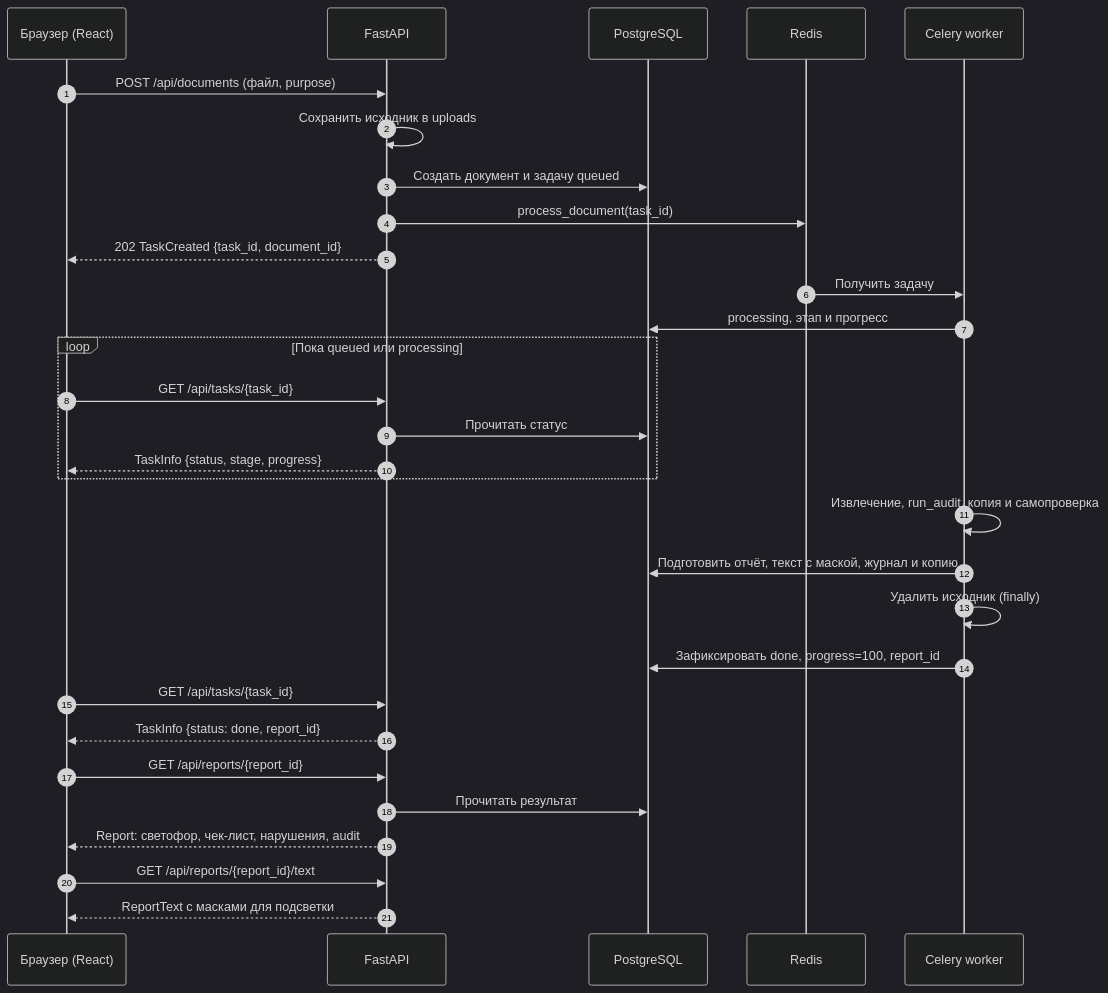
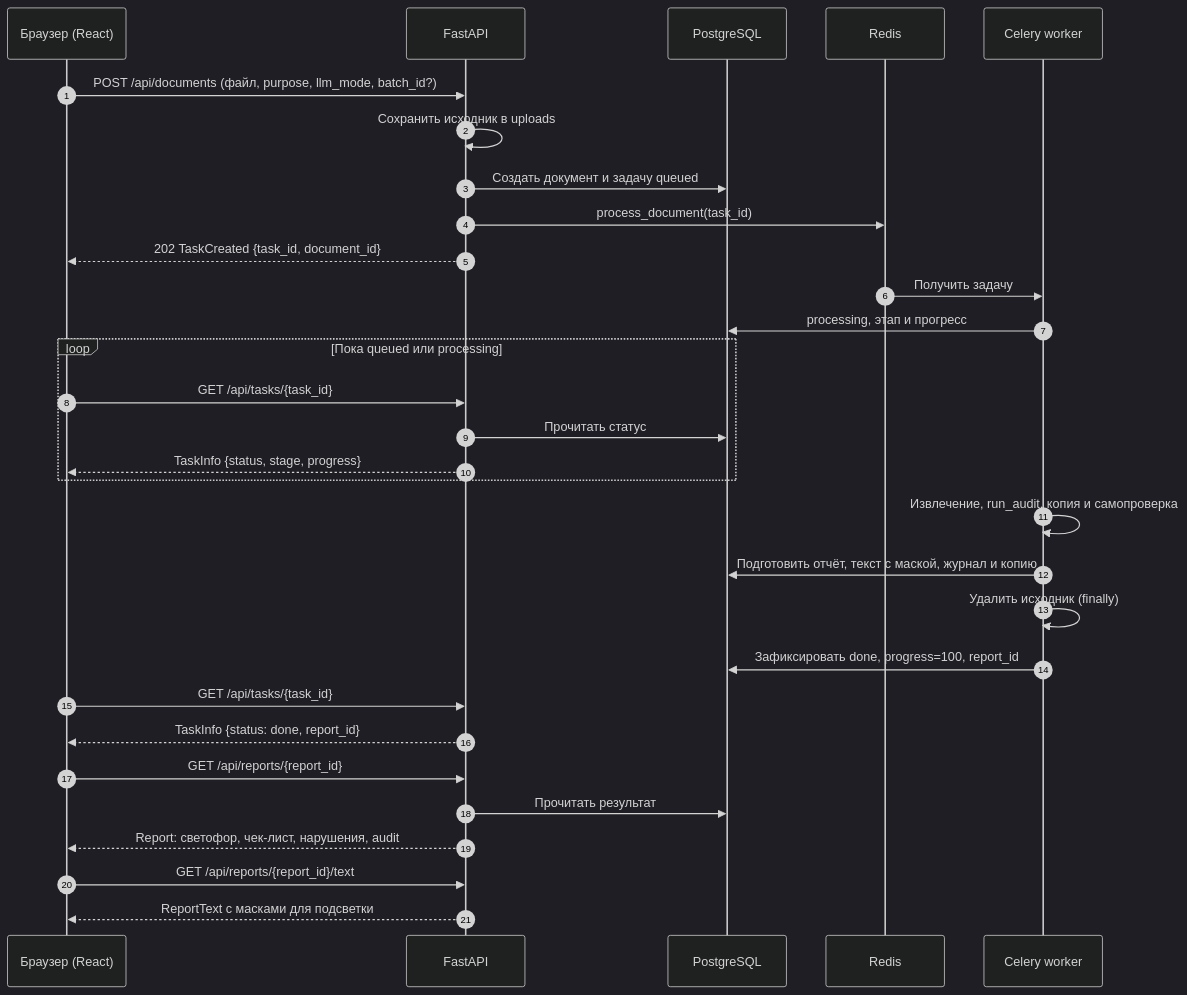
One commit to TheWoka/L.A.R.P-B2B changed the second of 2 diagrams in docs/architecture.md. Above: the diagram before and after it, drawn with Mermaid (dark theme). The commit also changed other lines of this file and 2 other files, not shown here.

````diff
--- a/docs/architecture.md
+++ b/docs/architecture.md
@@ -55,32 +57,32 @@
 ```mermaid
 sequenceDiagram
     autonumber
     participant B as Браузер (React)
     participant A as FastAPI
     participant D as PostgreSQL
     participant R as Redis
     participant W as Celery worker
-    B->>A: POST /api/documents (файл, purpose)
+    B->>A: POST /api/documents (файл, purpose, llm_mode, batch_id?)
     A->>A: Сохранить исходник в uploads
     A->>D: Создать документ и задачу queued
     A->>R: process_document(task_id)
     A-->>B: 202 TaskCreated {task_id, document_id}
     R->>W: Получить задачу
     W->>D: processing, этап и прогресс
     loop Пока queued или processing
         B->>A: GET /api/tasks/{task_id}
         A->>D: Прочитать статус
         A-->>B: TaskInfo {status, stage, progress}
     end
     W->>W: Извлечение, run_audit, копия и самопроверка
     W->>D: Подготовить отчёт, текст с маской, журнал и копию
     W->>W: Удалить исходник (finally)
     W->>D: Зафиксировать done, progress=100, report_id
     B->>A: GET /api/tasks/{task_id}
     A-->>B: TaskInfo {status: done, report_id}
     B->>A: GET /api/reports/{report_id}
     A->>D: Прочитать результат
     A-->>B: Report: светофор, чек-лист, нарушения, audit
     B->>A: GET /api/reports/{report_id}/text
     A-->>B: ReportText с масками для подсветки
 ```
````
